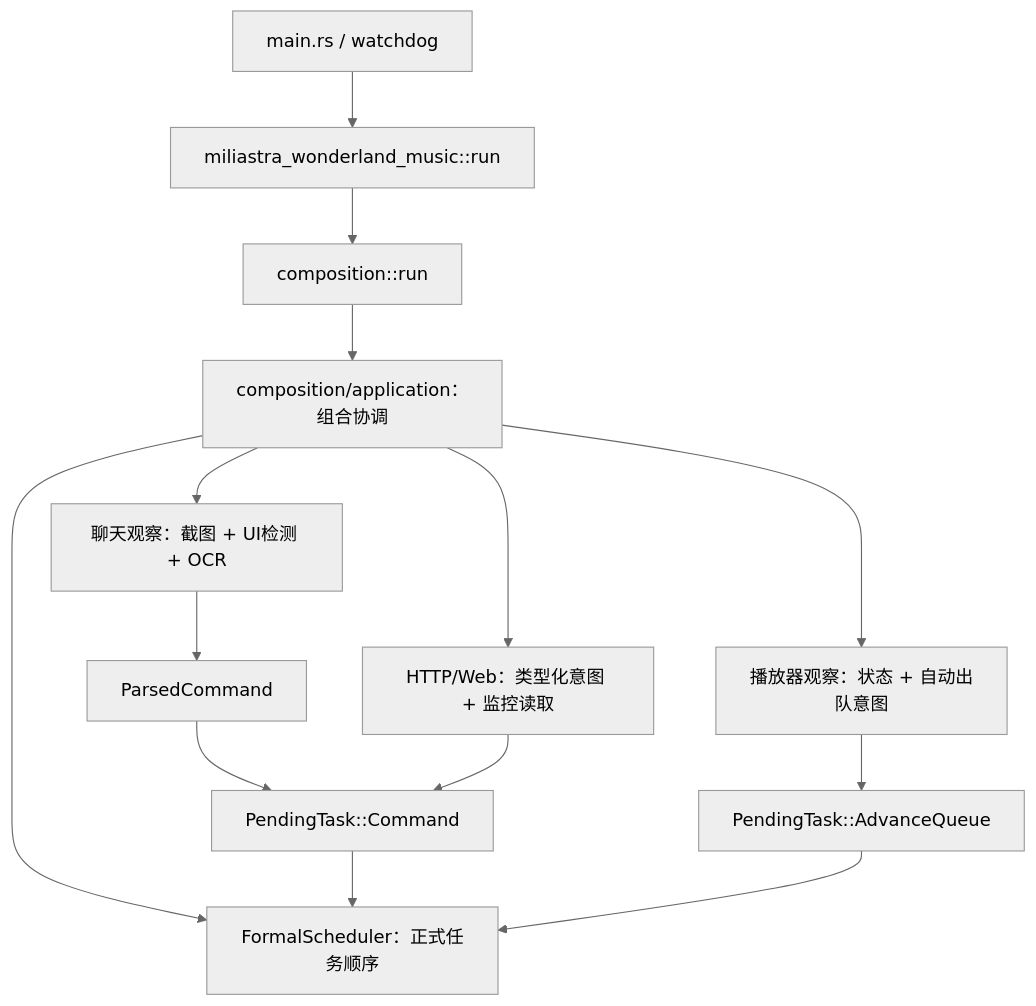
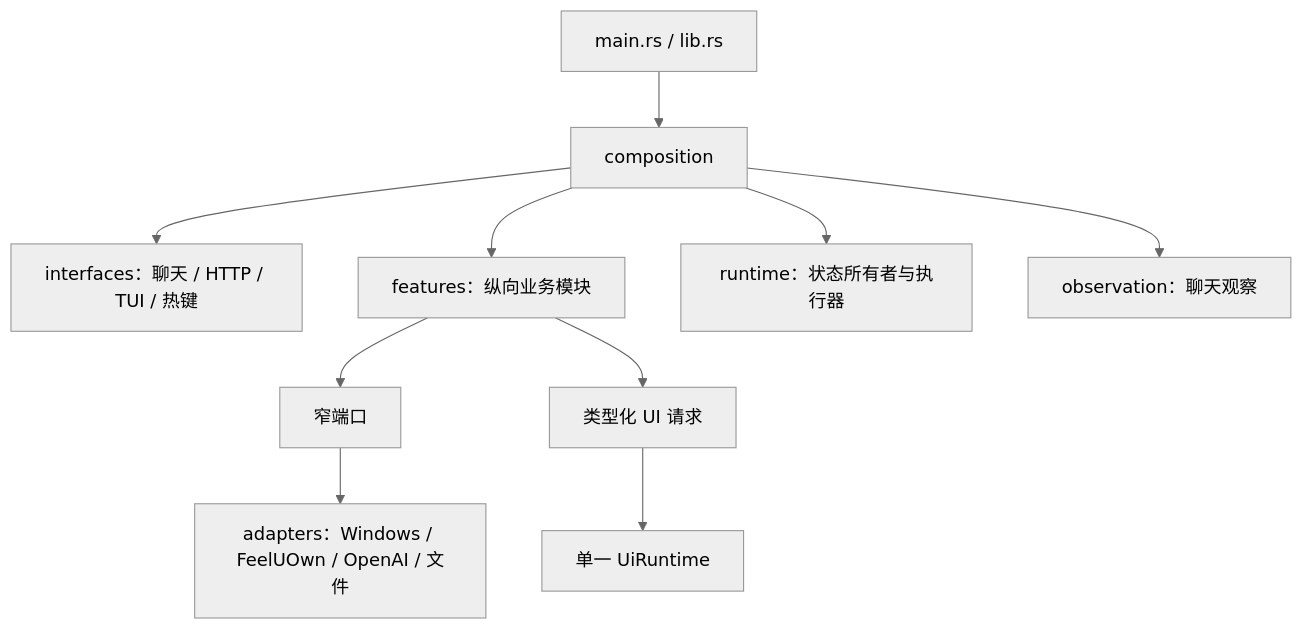
One commit to XingNian-www/Miliastra-Wonderland-Music changed the diagram in docs/code-walkthrough.md. Above: the diagram before and after it, drawn with Mermaid (neutral theme). The commit also changed other lines of this file and 105 other files, not shown here.

Commit message:
refactor: finish v2 architecture migration

````diff
--- a/docs/code-walkthrough.md
+++ b/docs/code-walkthrough.md
@@ -9,16 +9,12 @@
 ```mermaid
 flowchart TD
-    A["main.rs / watchdog"] --> B["miliastra_wonderland_music::run"]
-    B --> C["composition::run"]
-    C --> D["composition/application：组合协调"]
-    D --> E["聊天观察：截图 + UI检测 + OCR"]
-    D --> F["FormalScheduler：正式任务顺序"]
-    D --> G["播放器观察：状态 + 自动出队意图"]
-    D --> H["HTTP/Web：类型化意图 + 监控读取"]
-    E --> I["ParsedCommand"]
-    I --> J["PendingTask::Command"]
-    H --> J
-    G --> K["PendingTask::AdvanceQueue"]
-    J --> F
-    K --> F
+    A["main.rs / lib.rs"] --> B["composition"]
+    B --> C["interfaces：聊天 / HTTP / TUI / 热键"]
+    B --> D["features：纵向业务模块"]
+    B --> E["runtime：状态所有者与执行器"]
+    B --> F["observation：聊天观察"]
+    D --> G["窄端口"]
+    G --> H["adapters：Windows / FeelUOwn / OpenAI / 文件"]
+    D --> I["类型化 UI 请求"]
+    I --> J["单一 UiRuntime"]
 ```
````
